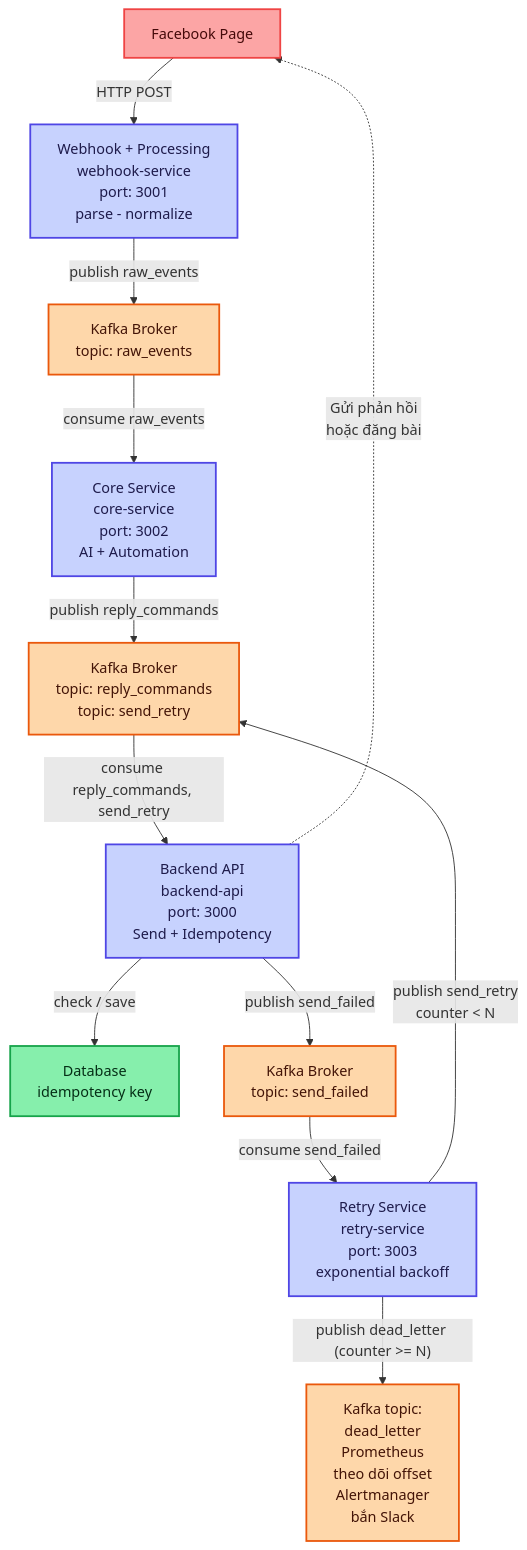
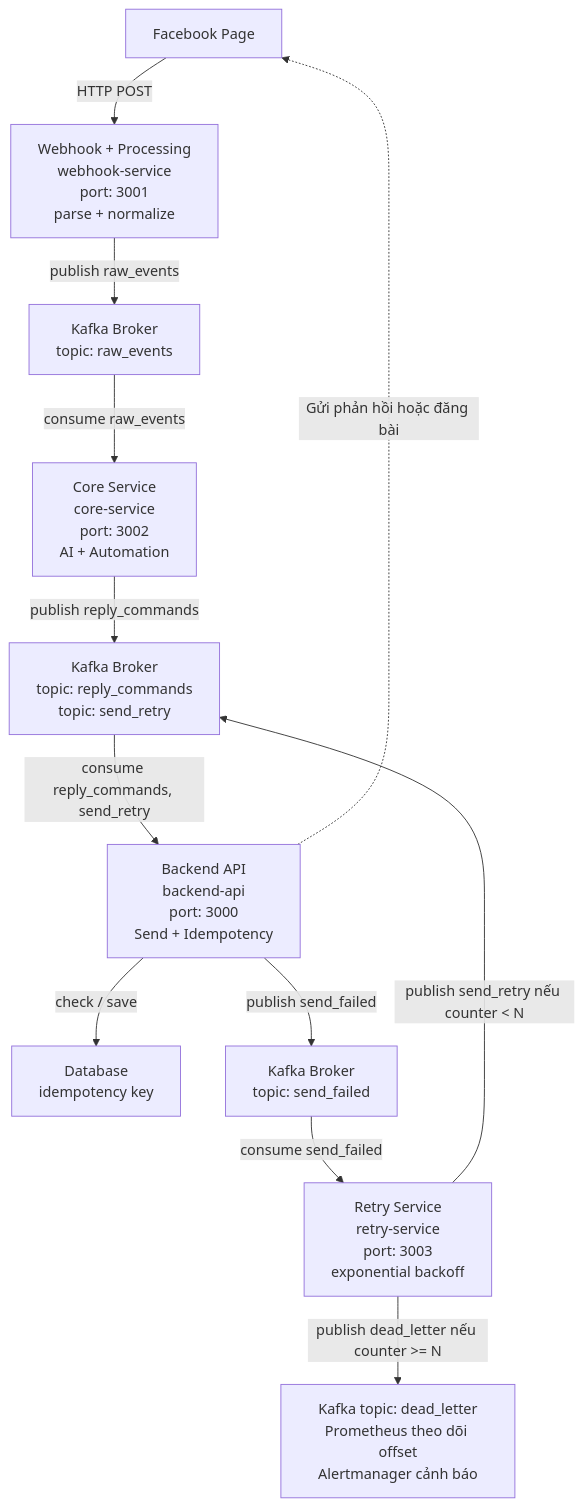
The diagram in README.md (cong-duc-pham/PhamCongDuc_6451071021_BTTH_API), drawn with Mermaid before and after one commit. The commit also changed other lines of this file and 145 other files, not shown here.

````diff
--- a/README.md
+++ b/README.md
@@ -15,36 +9,25 @@
 ```mermaid
-graph TD
+flowchart TD
     FB["Facebook Page"]
-    Webhook["Webhook + Processing<br/>webhook-service<br/>port: 3001<br/>parse - normalize"]
-    KafkaRaw["Kafka Broker<br/>topic: raw_events"]
+    Webhook["Webhook + Processing<br/>webhook-service<br/>port: 3001<br/>parse + normalize"]
+    RawKafka["Kafka Broker<br/>topic: raw_events"]
     Core["Core Service<br/>core-service<br/>port: 3002<br/>AI + Automation"]
-    KafkaReply["Kafka Broker<br/>topic: reply_commands<br/>topic: send_retry"]
+    CommandKafka["Kafka Broker<br/>topic: reply_commands<br/>topic: send_retry"]
     Backend["Backend API<br/>backend-api<br/>port: 3000<br/>Send + Idempotency"]
-    Db["Database<br/>idempotency key"]
-    KafkaFailed["Kafka Broker<br/>topic: send_failed"]
+    Database["Database<br/>idempotency key"]
+    FailedKafka["Kafka Broker<br/>topic: send_failed"]
     Retry["Retry Service<br/>retry-service<br/>port: 3003<br/>exponential backoff"]
-    KafkaDLQ["Kafka topic:<br/>dead_letter<br/>Prometheus<br/>theo dõi offset<br/>Alertmanager<br/>bắn Slack"]
+    DLQ["Kafka topic: dead_letter<br/>Prometheus theo dõi offset<br/>Alertmanager cảnh báo"]
 
     FB -->|"HTTP POST"| Webhook
-    Webhook -->|"publish raw_events"| KafkaRaw
-    KafkaRaw -->|"consume raw_events"| Core
-    Core -->|"publish reply_commands"| KafkaReply
-    KafkaReply -->|"consume reply_commands, send_retry"| Backend
-    Backend -.->|"Gửi phản hồi<br/>hoặc đăng bài"| FB
-    Backend -->|"check / save"| Db
-    Backend -->|"publish send_failed"| KafkaFailed
-    KafkaFailed -->|"consume send_failed"| Retry
-    
-    Retry -->|"publish send_retry<br/>counter < N"| KafkaReply
-    Retry -->|"publish dead_letter (counter >= N)"| KafkaDLQ
-
-    classDef service fill:#C7D2FE,stroke:#4F46E5,stroke-width:2px,color:#1E1B4B;
-    classDef kafka fill:#FED7AA,stroke:#EA580C,stroke-width:2px,color:#431407;
-    classDef external fill:#FCA5A5,stroke:#EF4444,stroke-width:2px,color:#450A0A;
-    classDef db fill:#86EFAC,stroke:#16A34A,stroke-width:2px,color:#052E16;
-
-    class Webhook,Core,Backend,Retry service;
-    class KafkaRaw,KafkaReply,KafkaFailed,KafkaDLQ kafka;
-    class FB external;
-    class Db db;
+    Webhook -->|"publish raw_events"| RawKafka
+    RawKafka -->|"consume raw_events"| Core
+    Core -->|"publish reply_commands"| CommandKafka
+    CommandKafka -->|"consume reply_commands, send_retry"| Backend
+    Backend -.->|"Gửi phản hồi hoặc đăng bài"| FB
+    Backend -->|"check / save"| Database
+    Backend -->|"publish send_failed"| FailedKafka
+    FailedKafka -->|"consume send_failed"| Retry
+    Retry -->|"publish send_retry nếu counter < N"| CommandKafka
+    Retry -->|"publish dead_letter nếu counter >= N"| DLQ
 ```
````
